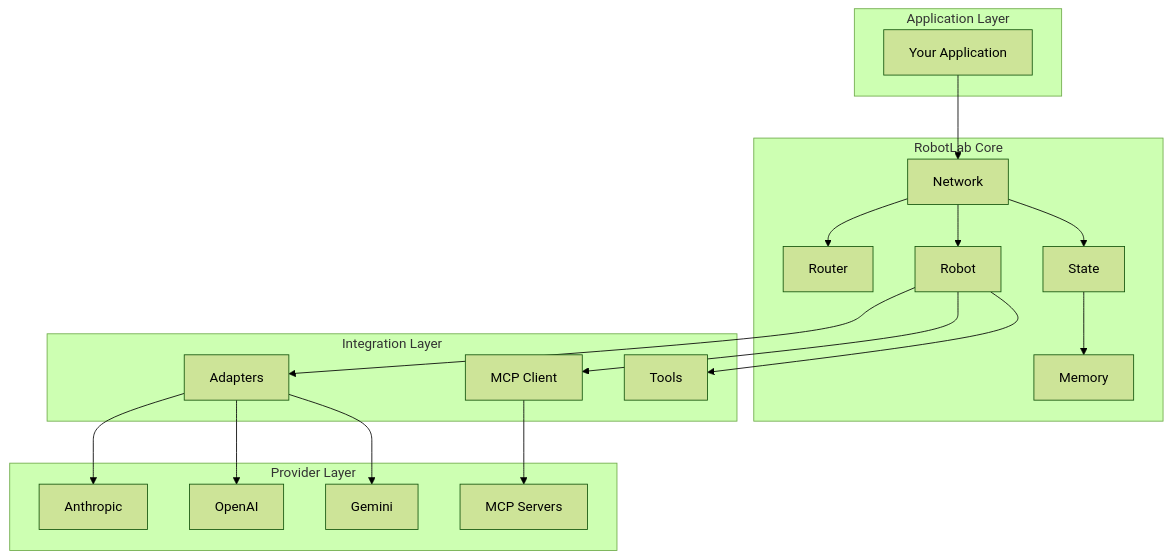
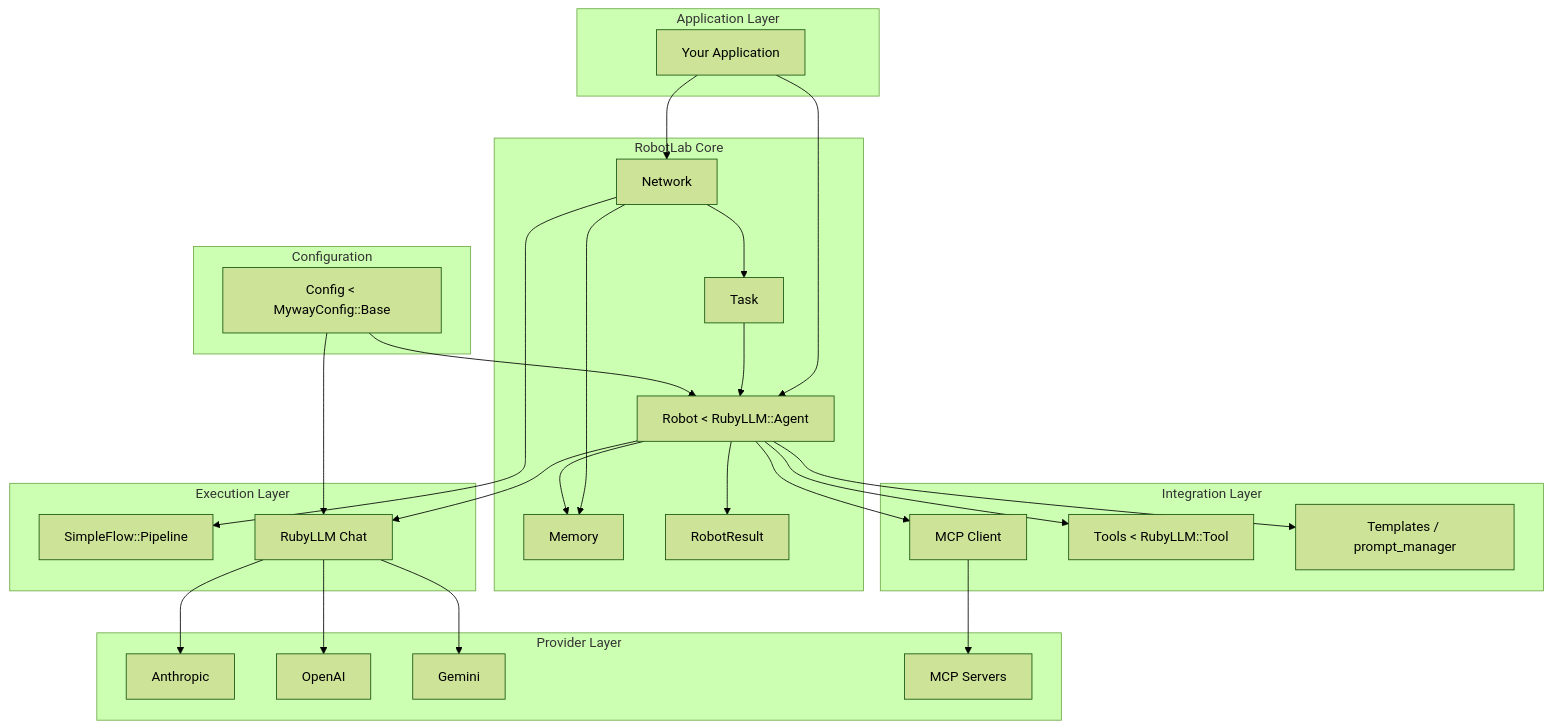
The diagram in docs/architecture/index.md (MadBomber/robot_lab), drawn with Mermaid (forest theme) before and after one commit. The commit also changed other lines of this file and 92 other files, not shown here.

````diff
--- a/docs/architecture/index.md
+++ b/docs/architecture/index.md
@@ -36,40 +38,55 @@
 ```mermaid
 graph TB
     subgraph "Application Layer"
         A[Your Application]
     end
 
     subgraph "RobotLab Core"
         B[Network]
-        C[Router]
-        D[Robot]
-        E[State]
-        F[Memory]
+        C[Task]
+        D[Robot < RubyLLM::Agent]
+        E[Memory]
+        F[RobotResult]
+    end
+
+    subgraph "Configuration"
+        G[Config < MywayConfig::Base]
     end
 
     subgraph "Integration Layer"
-        G[Adapters]
         H[MCP Client]
-        I[Tools]
+        I[Tools < RubyLLM::Tool]
+        J[Templates / prompt_manager]
+    end
+
+    subgraph "Execution Layer"
+        K[SimpleFlow::Pipeline]
+        L[RubyLLM Chat]
     end
 
     subgraph "Provider Layer"
-        J[Anthropic]
-        K[OpenAI]
-        L[Gemini]
-        M[MCP Servers]
+        M[Anthropic]
+        N[OpenAI]
+        O[Gemini]
+        P[MCP Servers]
     end
 
     A --> B
+    A --> D
     B --> C
-    B --> D
+    C --> D
+    B --> K
     B --> E
-    E --> F
-    D --> G
+    D --> E
+    D --> L
     D --> H
     D --> I
-    G --> J
-    G --> K
+    D --> J
+    D --> F
+    G --> D
     G --> L
-    H --> M
+    L --> M
+    L --> N
+    L --> O
+    H --> P
 ```
````
